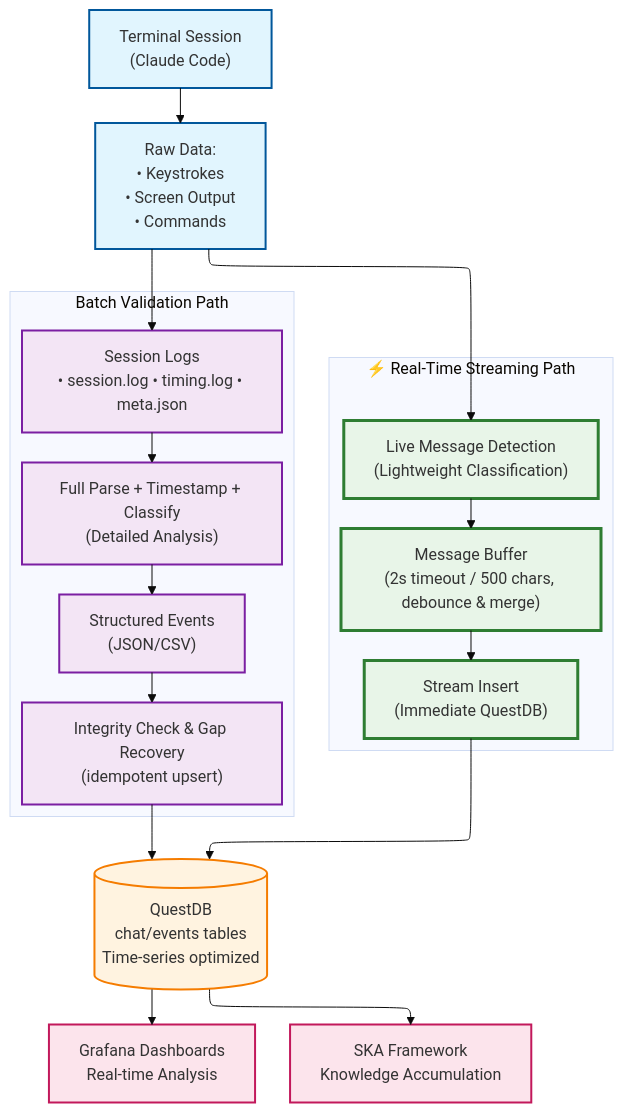
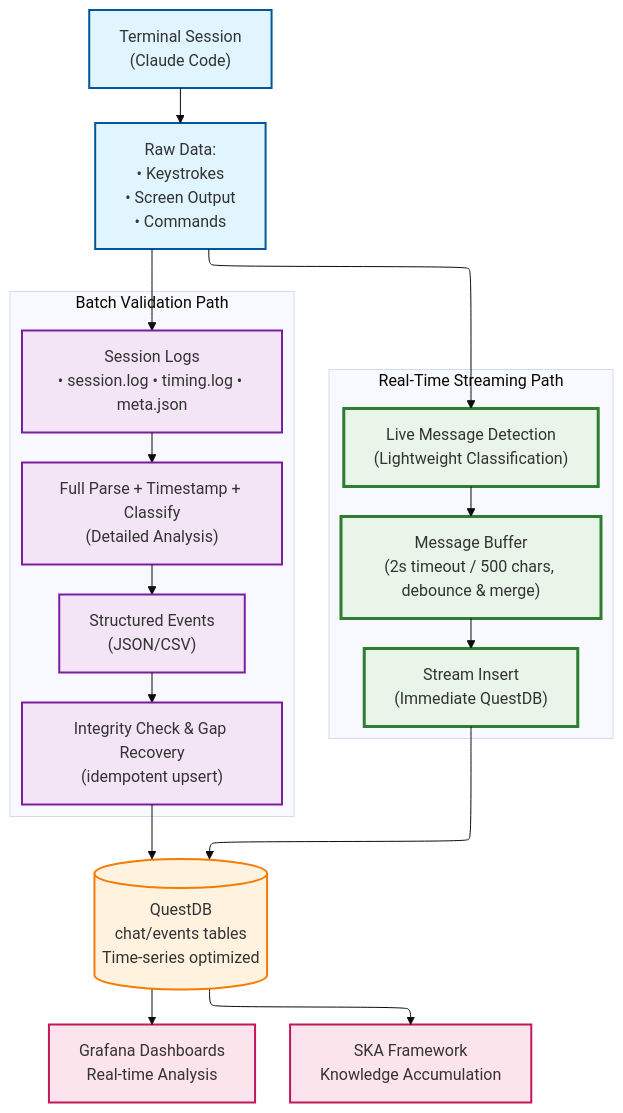
Before and after one commit to quantiota/AI-Agent-Host: the diagram in claude-code/chat-history/README.md, drawn with Mermaid.

````diff
--- a/claude-code/chat-history/README.md
+++ b/claude-code/chat-history/README.md
@@ -152,67 +152,67 @@
 ```mermaid
 ---
 config:
   look: classic
   theme: base
   layout: elk
 ---
 flowchart TD
     %% Input Layer
     terminal[" Terminal Session<br/>(Claude Code)"]
     raw["Raw Data:<br/>• Keystrokes<br/>• Screen Output<br/>• Commands"]
     
     %% Dual Processing Paths
-    subgraph "⚡ Real-Time Streaming Path"
+    subgraph "Real-Time Streaming Path"
         direction TB
         realtime_detect[" Live Message Detection<br/>(Lightweight Classification)"]
         message_buffer[" Message Buffer<br/>(2s timeout / 500 chars, debounce & merge)"]
         stream_insert[" Stream Insert<br/>(Immediate QuestDB)"]
     end
     
     subgraph " Batch Validation Path"
         direction TB
         logs[" Session Logs<br/>• session.log • timing.log • meta.json"]
         parser[" Full Parse + Timestamp + Classify<br/>(Detailed Analysis)"]
         events[" Structured Events<br/>(JSON/CSV)"]
         validate[" Integrity Check & Gap Recovery<br/>(idempotent upsert)"]
     end
     
     %% Database and Intelligence
     questdb[(" QuestDB<br/>chat/events tables<br/>Time-series optimized")]
     grafana[" Grafana Dashboards<br/>Real-time Analysis"]
     ska[" SKA Framework<br/>Knowledge Accumulation"]
     
     %% Flow Connections
     terminal --> raw
     raw --> realtime_detect
     raw --> logs
     
     %% Real-time path
     realtime_detect --> message_buffer
     message_buffer --> stream_insert
     stream_insert --> questdb
     
     %% Batch validation path  
     logs --> parser
     parser --> events
     events --> validate
     validate --> questdb
     
     %% Intelligence layer
     questdb --> grafana
     questdb --> ska
     
     %% Styling
     classDef input fill:#e1f5fe,stroke:#01579b,stroke-width:2px
     classDef realtime fill:#e8f5e8,stroke:#2e7d32,stroke-width:3px
     classDef batch fill:#f3e5f5,stroke:#7b1fa2,stroke-width:2px
     classDef storage fill:#fff3e0,stroke:#f57c00,stroke-width:2px
     classDef intelligence fill:#fce4ec,stroke:#c2185b,stroke-width:2px
     
     class terminal,raw input
     class realtime_detect,message_buffer,stream_insert realtime
     class logs,parser,events,validate batch
     class questdb storage
     class grafana,ska intelligence
 
 ```
````
